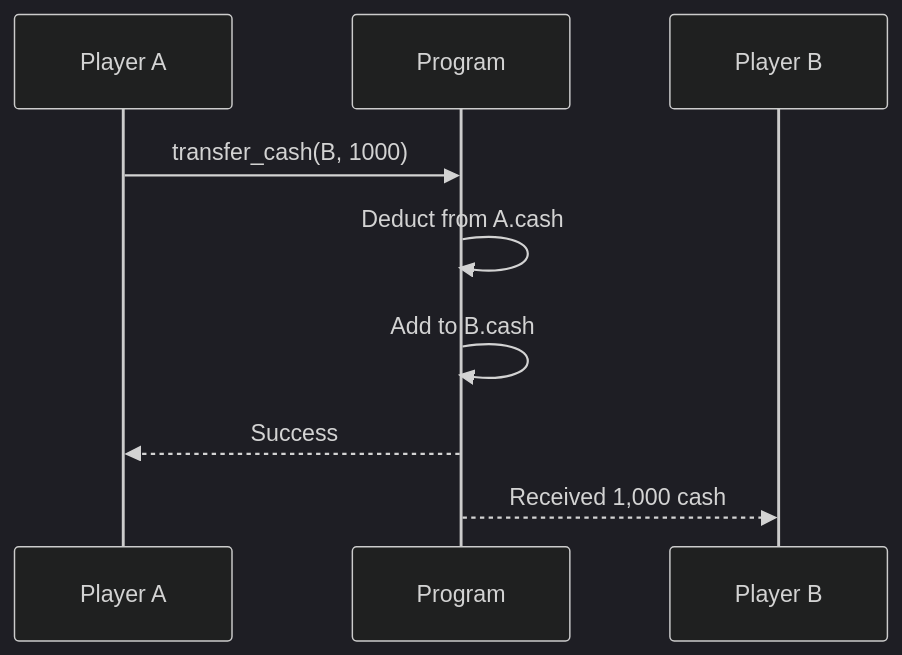
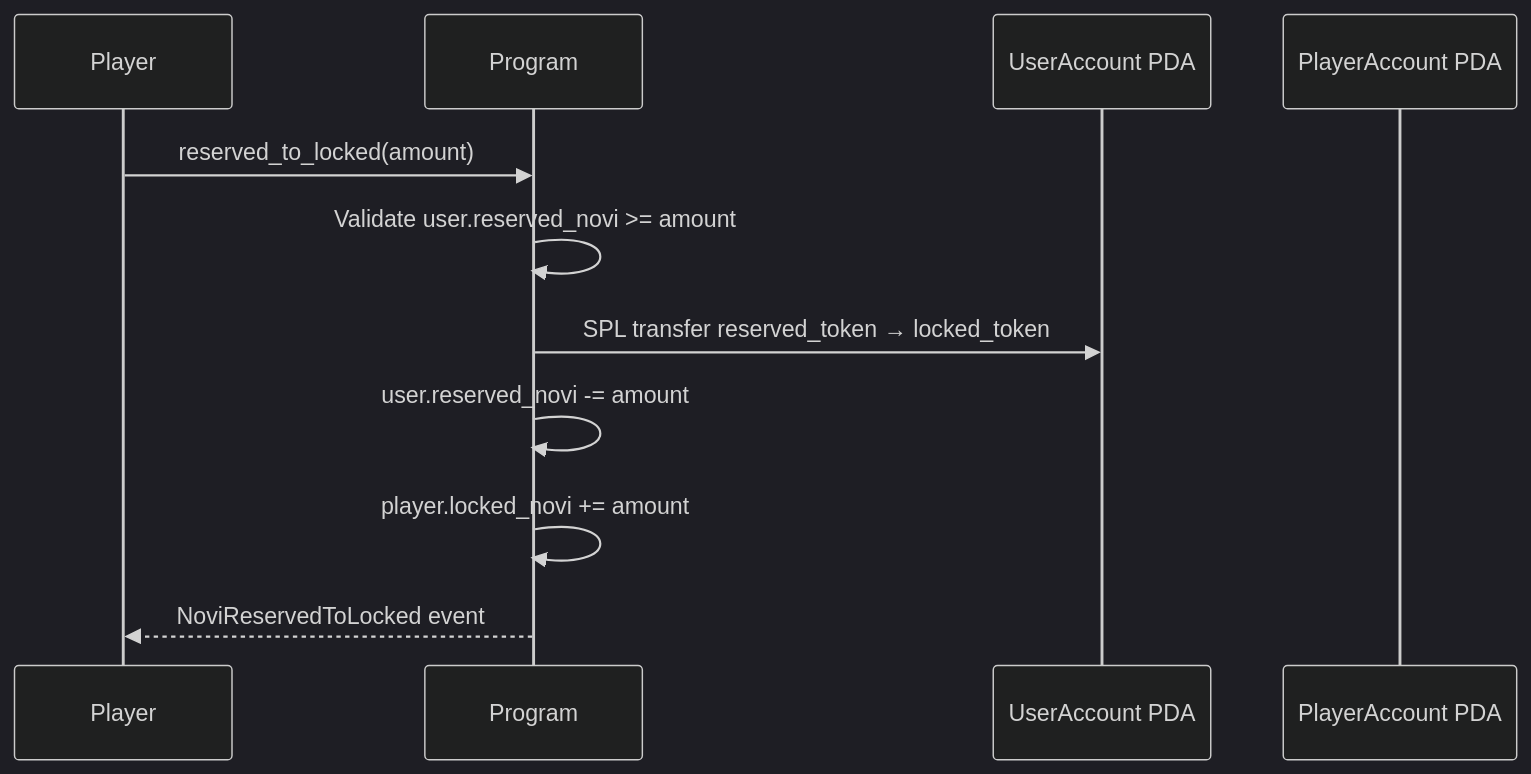
Before and after one commit to crypt0miester/novus-mundus: the seventh of 9 diagrams in docs/onchain/03-economy/resource-flow.md, drawn with Mermaid (dark theme). The commit also changed other lines of this file and 259 other files, not shown here.

````diff
--- a/docs/onchain/03-economy/resource-flow.md
+++ b/docs/onchain/03-economy/resource-flow.md
@@ -217,12 +256,14 @@
 ```mermaid
 sequenceDiagram
-    participant A as Player A
-    participant P as Program
-    participant B as Player B
+    participant Player
+    participant Program
+    participant UserPDA as UserAccount PDA
+    participant PlayerPDA as PlayerAccount PDA
 
-    A->>P: transfer_cash(B, 1000)
-    P->>P: Deduct from A.cash
-    P->>P: Add to B.cash
-    P-->>A: Success
-    P-->>B: Received 1,000 cash
+    Player->>Program: reserved_to_locked(amount)
+    Program->>Program: Validate user.reserved_novi >= amount
+    Program->>UserPDA: SPL transfer reserved_token → locked_token
+    Program->>Program: user.reserved_novi -= amount
+    Program->>Program: player.locked_novi += amount
+    Program-->>Player: NoviReservedToLocked event
 ```
````
